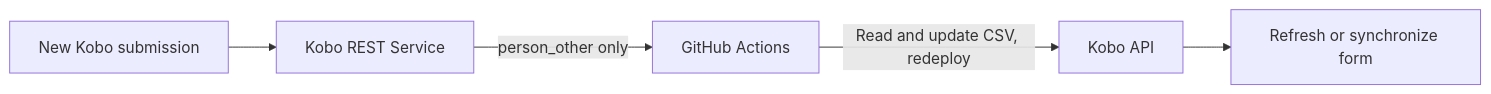
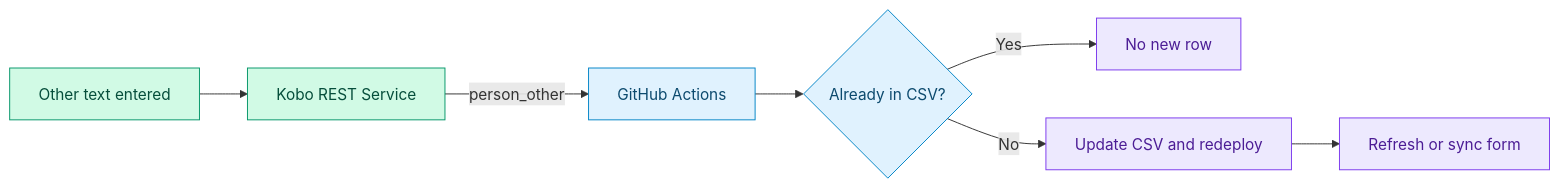
Before and after one commit to JamesLeonDufour/kobo-choice-sync: the diagram in README.md, drawn with Mermaid. The commit also changed other lines of this file and 2 other files, not shown here.

````diff
--- a/README.md
+++ b/README.md
@@ -25,7 +52,15 @@
 ```mermaid
 flowchart LR
-    A[New Kobo submission] --> B[Kobo REST Service]
-    B -->|person_other only| C[GitHub Actions]
-    C -->|Read and update CSV, redeploy| D[Kobo API]
-    D --> E[Refresh or synchronize form]
+    A[Other text entered] --> B[Kobo REST Service]
+    B -->|person_other| C[GitHub Actions]
+    C --> D{Already in CSV?}
+    D -->|Yes| E[No new row]
+    D -->|No| F[Update CSV and redeploy]
+    F --> G[Refresh or sync form]
+    classDef source fill:#d1fae5,stroke:#059669,color:#064e3b
+    classDef process fill:#e0f2fe,stroke:#0284c7,color:#0c4a6e
+    classDef result fill:#ede9fe,stroke:#7c3aed,color:#4c1d95
+    class A,B source
+    class C,D process
+    class E,F,G result
 ```
````
